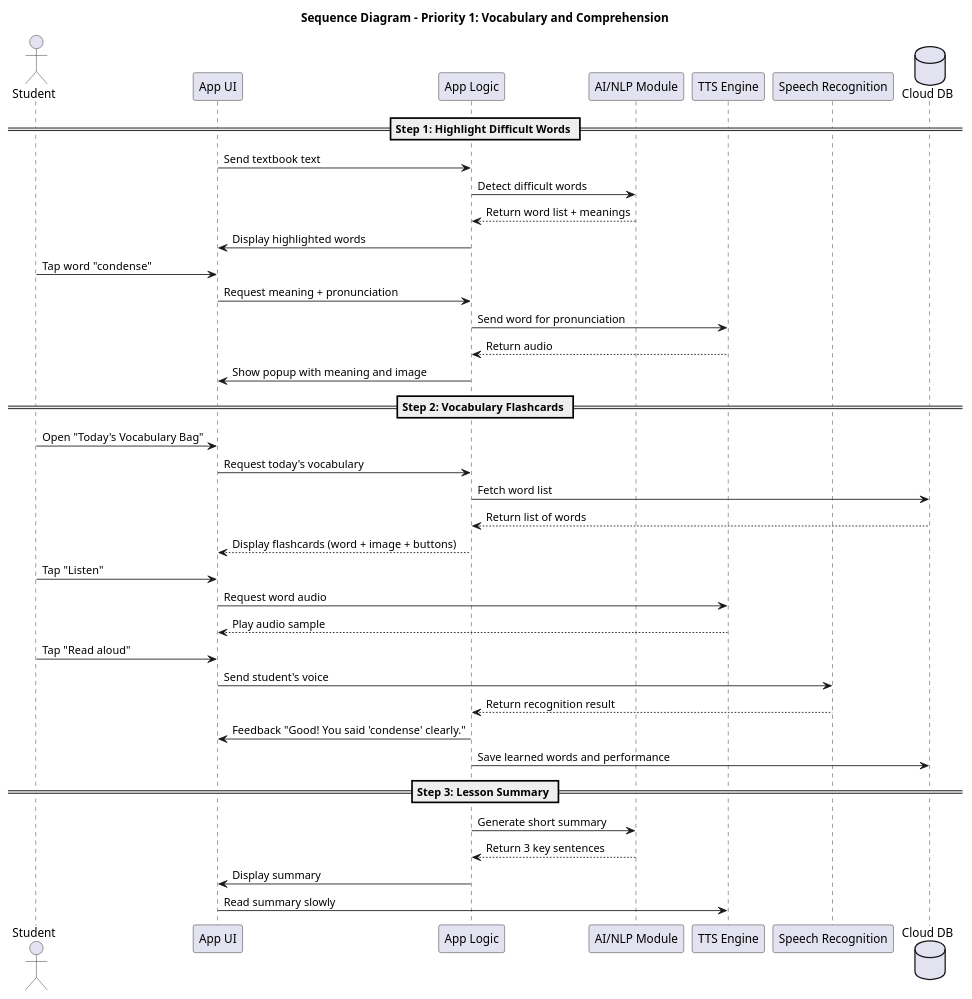
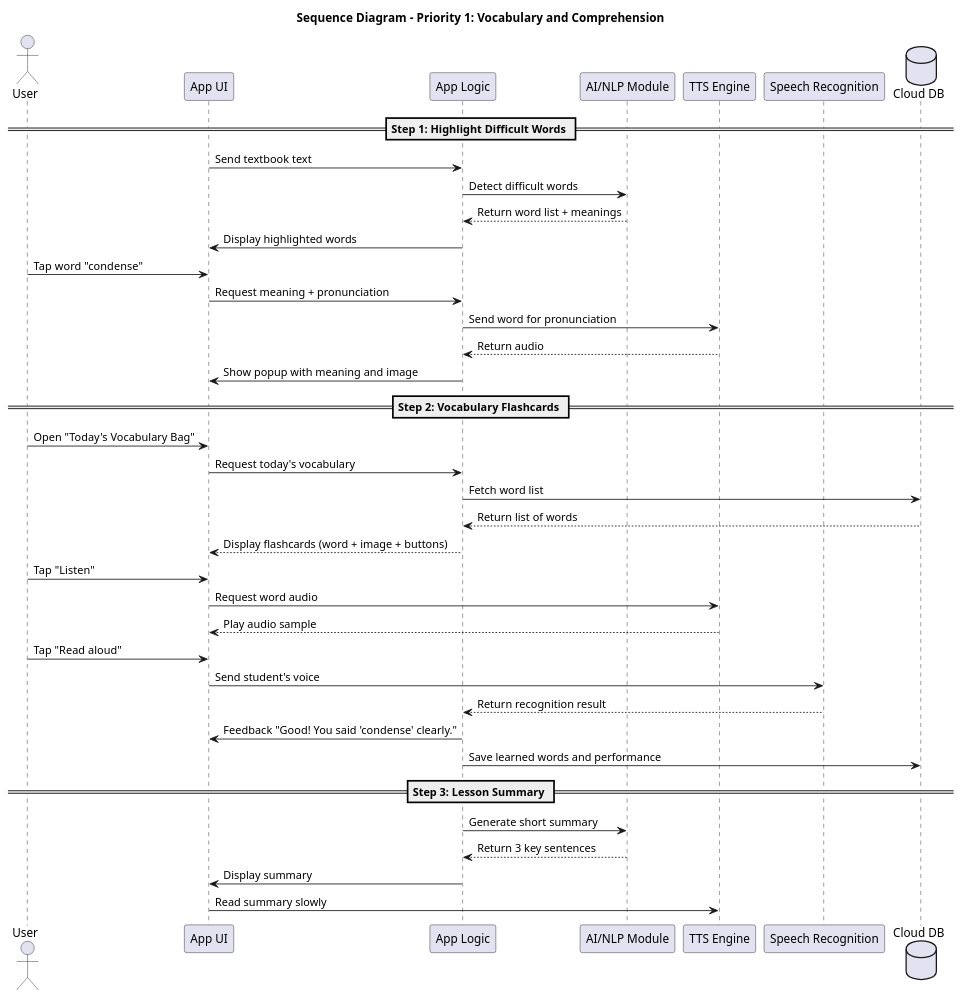
Before and after one commit to 23021600-TranGiaKhanh/TTNM_sequence_diagram: the diagram in sequence_diagram/sequence1_diagram.puml, drawn with PlantUML. The commit also changed 2 other files, not shown here.

Commit message:
update sequence 3

```diff
--- a/sequence_diagram/sequence1_diagram.puml
+++ b/sequence_diagram/sequence1_diagram.puml
@@ -1,48 +1,48 @@
 @startuml VocabularyFlow
 title Sequence Diagram - Priority 1: Vocabulary and Comprehension
 
-actor "Student" as U
+actor "User" as U
 participant "App UI" as UI
 participant "App Logic" as Logic
 participant "AI/NLP Module" as NLP
 participant "TTS Engine" as TTS
 participant "Speech Recognition" as SR
 database "Cloud DB" as DB
 
 == Step 1: Highlight Difficult Words ==
 UI -> Logic: Send textbook text
 Logic -> NLP: Detect difficult words
 NLP --> Logic: Return word list + meanings
 Logic -> UI: Display highlighted words
 U -> UI: Tap word "condense"
 UI -> Logic: Request meaning + pronunciation
 Logic -> TTS: Send word for pronunciation
 TTS --> Logic: Return audio
 Logic -> UI: Show popup with meaning and image
 
 == Step 2: Vocabulary Flashcards ==
 
 U -> UI: Open "Today's Vocabulary Bag"
 UI -> Logic: Request today's vocabulary
 Logic -> DB: Fetch word list
 DB --> Logic: Return list of words
 Logic --> UI: Display flashcards (word + image + buttons)
 
 U -> UI: Tap "Listen"
 UI -> TTS: Request word audio
 TTS --> UI: Play audio sample
 
 U -> UI: Tap "Read aloud"
 UI -> SR: Send student's voice
 SR --> Logic: Return recognition result
 Logic -> UI: Feedback "Good! You said 'condense' clearly."
 
 Logic -> DB: Save learned words and performance
 
 == Step 3: Lesson Summary ==
 Logic -> NLP: Generate short summary
 NLP --> Logic: Return 3 key sentences
 Logic -> UI: Display summary
 UI -> TTS: Read summary slowly
 
 @enduml
```
